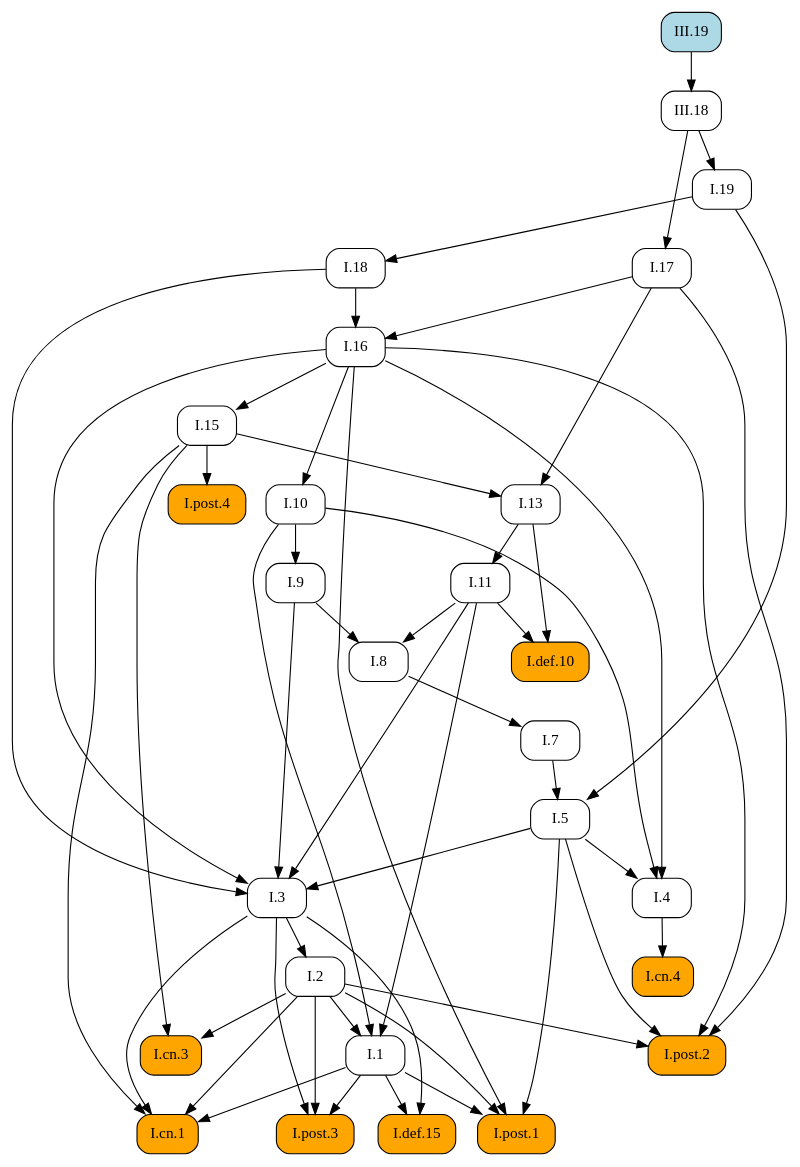
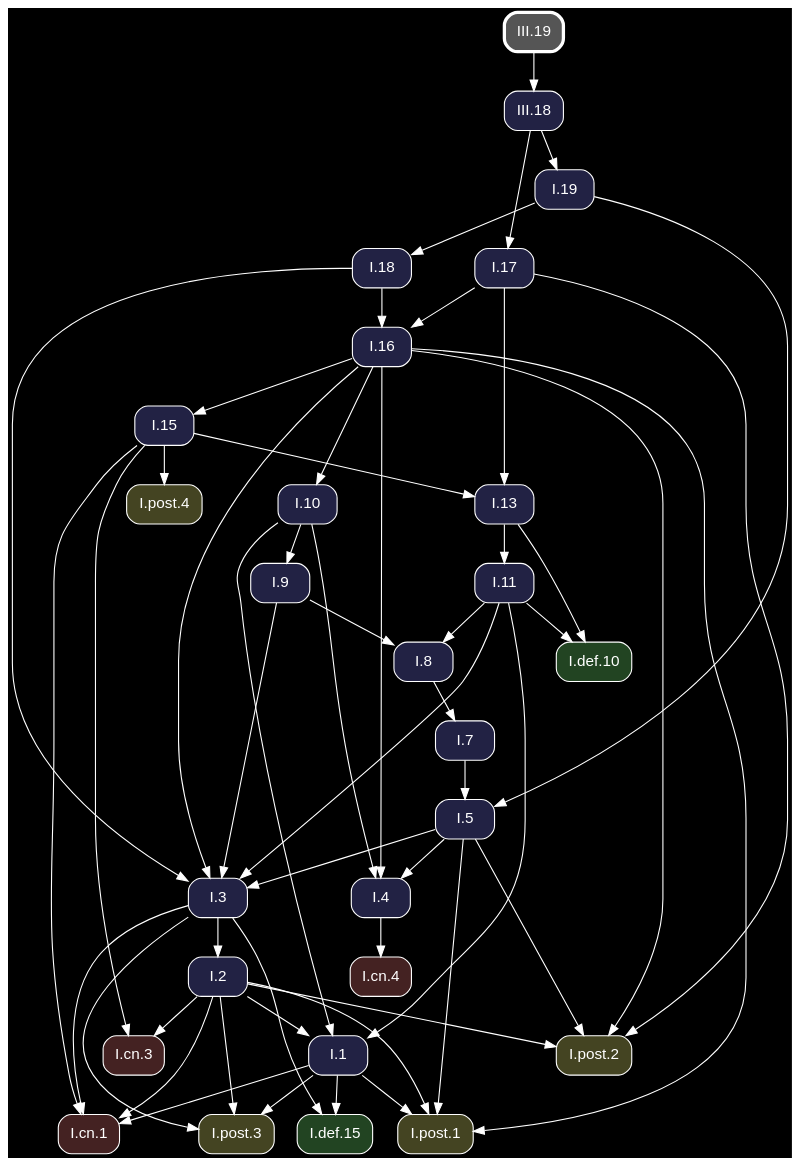
The diagram in docsrc/heath/III/19/index.rst (geometor/elements), drawn with Graphviz before and after one commit. The commit also changed other lines of this file and 1200 other files, not shown here.

Commit message:
update dependency graphs

```diff
--- a/docsrc/heath/III/19/index.rst
+++ b/docsrc/heath/III/19/index.rst
@@ -51,85 +51,87 @@
 .. graphviz::
 
    digraph {
+     bgcolor="black";
+     node [shape=box, style="rounded,filled", fontname="Helvetica", color="white", fontcolor="white"];
+     edge [color="white", fontcolor="white"];
      rankdir="TB";
-     node [shape=box, style=rounded];
-     "I.9" [URL="/heath/I/9/", target="_top"];
-     "I.cn.1" [style="rounded,filled", fillcolor=orange, URL="/heath/I/cn.1/", target="_top"];
-     "III.18" [URL="/heath/III/18/", target="_top"];
-     "I.7" [URL="/heath/I/7/", target="_top"];
-     "I.2" [URL="/heath/I/2/", target="_top"];
-     "I.def.15" [style="rounded,filled", fillcolor=orange, URL="/heath/I/def.15/", target="_top"];
-     "I.13" [URL="/heath/I/13/", target="_top"];
-     "I.post.4" [style="rounded,filled", fillcolor=orange, URL="/heath/I/post.4/", target="_top"];
-     "I.4" [URL="/heath/I/4/", target="_top"];
-     "I.1" [URL="/heath/I/1/", target="_top"];
-     "I.post.3" [style="rounded,filled", fillcolor=orange, URL="/heath/I/post.3/", target="_top"];
-     "I.post.1" [style="rounded,filled", fillcolor=orange, URL="/heath/I/post.1/", target="_top"];
-     "I.5" [URL="/heath/I/5/", target="_top"];
-     "I.19" [URL="/heath/I/19/", target="_top"];
-     "I.8" [URL="/heath/I/8/", target="_top"];
-     "I.17" [URL="/heath/I/17/", target="_top"];
-     "I.cn.3" [style="rounded,filled", fillcolor=orange, URL="/heath/I/cn.3/", target="_top"];
-     "III.19" [style="rounded,filled", fillcolor=lightblue, URL="/heath/III/19/", target="_top"];
-     "I.16" [URL="/heath/I/16/", target="_top"];
-     "I.def.10" [style="rounded,filled", fillcolor=orange, URL="/heath/I/def.10/", target="_top"];
-     "I.18" [URL="/heath/I/18/", target="_top"];
-     "I.15" [URL="/heath/I/15/", target="_top"];
-     "I.10" [URL="/heath/I/10/", target="_top"];
-     "I.11" [URL="/heath/I/11/", target="_top"];
-     "I.cn.4" [style="rounded,filled", fillcolor=orange, URL="/heath/I/cn.4/", target="_top"];
-     "I.post.2" [style="rounded,filled", fillcolor=orange, URL="/heath/I/post.2/", target="_top"];
-     "I.3" [URL="/heath/I/3/", target="_top"];
-     "I.10" -> "I.9";
-     "I.1" -> "I.cn.1";
-     "I.2" -> "I.cn.1";
-     "I.3" -> "I.cn.1";
-     "I.15" -> "I.cn.1";
-     "III.19" -> "III.18";
-     "I.8" -> "I.7";
-     "I.3" -> "I.2";
-     "I.1" -> "I.def.15";
-     "I.3" -> "I.def.15";
-     "I.15" -> "I.13";
-     "I.17" -> "I.13";
-     "I.15" -> "I.post.4";
-     "I.5" -> "I.4";
-     "I.10" -> "I.4";
-     "I.16" -> "I.4";
-     "I.2" -> "I.1";
-     "I.10" -> "I.1";
-     "I.11" -> "I.1";
-     "I.1" -> "I.post.3";
-     "I.2" -> "I.post.3";
-     "I.3" -> "I.post.3";
-     "I.1" -> "I.post.1";
-     "I.2" -> "I.post.1";
-     "I.5" -> "I.post.1";
-     "I.16" -> "I.post.1";
-     "I.7" -> "I.5";
-     "I.19" -> "I.5";
-     "III.18" -> "I.19";
-     "I.9" -> "I.8";
-     "I.11" -> "I.8";
-     "III.18" -> "I.17";
-     "I.2" -> "I.cn.3";
-     "I.15" -> "I.cn.3";
-     "I.17" -> "I.16";
-     "I.18" -> "I.16";
-     "I.11" -> "I.def.10";
-     "I.13" -> "I.def.10";
-     "I.19" -> "I.18";
-     "I.16" -> "I.15";
-     "I.16" -> "I.10";
-     "I.13" -> "I.11";
-     "I.4" -> "I.cn.4";
-     "I.2" -> "I.post.2";
-     "I.5" -> "I.post.2";
-     "I.16" -> "I.post.2";
-     "I.17" -> "I.post.2";
+     "I.3" [fillcolor="#222244", URL="/heath/I/3/", target="_top"];
+     "I.post.1" [fillcolor="#444422", URL="/heath/I/post.1/", target="_top"];
+     "I.cn.1" [fillcolor="#442222", URL="/heath/I/cn.1/", target="_top"];
+     "I.19" [fillcolor="#222244", URL="/heath/I/19/", target="_top"];
+     "I.def.10" [fillcolor="#224422", URL="/heath/I/def.10/", target="_top"];
+     "I.15" [fillcolor="#222244", URL="/heath/I/15/", target="_top"];
+     "I.11" [fillcolor="#222244", URL="/heath/I/11/", target="_top"];
+     "I.16" [fillcolor="#222244", URL="/heath/I/16/", target="_top"];
+     "III.18" [fillcolor="#222244", URL="/heath/III/18/", target="_top"];
+     "I.13" [fillcolor="#222244", URL="/heath/I/13/", target="_top"];
+     "I.cn.3" [fillcolor="#442222", URL="/heath/I/cn.3/", target="_top"];
+     "I.2" [fillcolor="#222244", URL="/heath/I/2/", target="_top"];
+     "I.post.2" [fillcolor="#444422", URL="/heath/I/post.2/", target="_top"];
+     "I.cn.4" [fillcolor="#442222", URL="/heath/I/cn.4/", target="_top"];
+     "I.9" [fillcolor="#222244", URL="/heath/I/9/", target="_top"];
+     "I.1" [fillcolor="#222244", URL="/heath/I/1/", target="_top"];
+     "I.post.4" [fillcolor="#444422", URL="/heath/I/post.4/", target="_top"];
+     "III.19" [penwidth=3, color="white", fillcolor="#555555", URL="/heath/III/19/", target="_top"];
+     "I.8" [fillcolor="#222244", URL="/heath/I/8/", target="_top"];
+     "I.4" [fillcolor="#222244", URL="/heath/I/4/", target="_top"];
+     "I.post.3" [fillcolor="#444422", URL="/heath/I/post.3/", target="_top"];
+     "I.18" [fillcolor="#222244", URL="/heath/I/18/", target="_top"];
+     "I.7" [fillcolor="#222244", URL="/heath/I/7/", target="_top"];
+     "I.def.15" [fillcolor="#224422", URL="/heath/I/def.15/", target="_top"];
+     "I.5" [fillcolor="#222244", URL="/heath/I/5/", target="_top"];
+     "I.17" [fillcolor="#222244", URL="/heath/I/17/", target="_top"];
+     "I.10" [fillcolor="#222244", URL="/heath/I/10/", target="_top"];
      "I.5" -> "I.3";
      "I.9" -> "I.3";
      "I.11" -> "I.3";
      "I.16" -> "I.3";
      "I.18" -> "I.3";
+     "I.1" -> "I.post.1";
+     "I.2" -> "I.post.1";
+     "I.5" -> "I.post.1";
+     "I.16" -> "I.post.1";
+     "I.1" -> "I.cn.1";
+     "I.2" -> "I.cn.1";
+     "I.3" -> "I.cn.1";
+     "I.15" -> "I.cn.1";
+     "III.18" -> "I.19";
+     "I.11" -> "I.def.10";
+     "I.13" -> "I.def.10";
+     "I.16" -> "I.15";
+     "I.13" -> "I.11";
+     "I.17" -> "I.16";
+     "I.18" -> "I.16";
+     "III.19" -> "III.18";
+     "I.15" -> "I.13";
+     "I.17" -> "I.13";
+     "I.2" -> "I.cn.3";
+     "I.15" -> "I.cn.3";
+     "I.3" -> "I.2";
+     "I.2" -> "I.post.2";
+     "I.5" -> "I.post.2";
+     "I.16" -> "I.post.2";
+     "I.17" -> "I.post.2";
+     "I.4" -> "I.cn.4";
+     "I.10" -> "I.9";
+     "I.2" -> "I.1";
+     "I.10" -> "I.1";
+     "I.11" -> "I.1";
+     "I.15" -> "I.post.4";
+     "I.9" -> "I.8";
+     "I.11" -> "I.8";
+     "I.5" -> "I.4";
+     "I.10" -> "I.4";
+     "I.16" -> "I.4";
+     "I.1" -> "I.post.3";
+     "I.2" -> "I.post.3";
+     "I.3" -> "I.post.3";
+     "I.19" -> "I.18";
+     "I.8" -> "I.7";
+     "I.1" -> "I.def.15";
+     "I.3" -> "I.def.15";
+     "I.7" -> "I.5";
+     "I.19" -> "I.5";
+     "III.18" -> "I.17";
+     "I.16" -> "I.10";
    }
```
